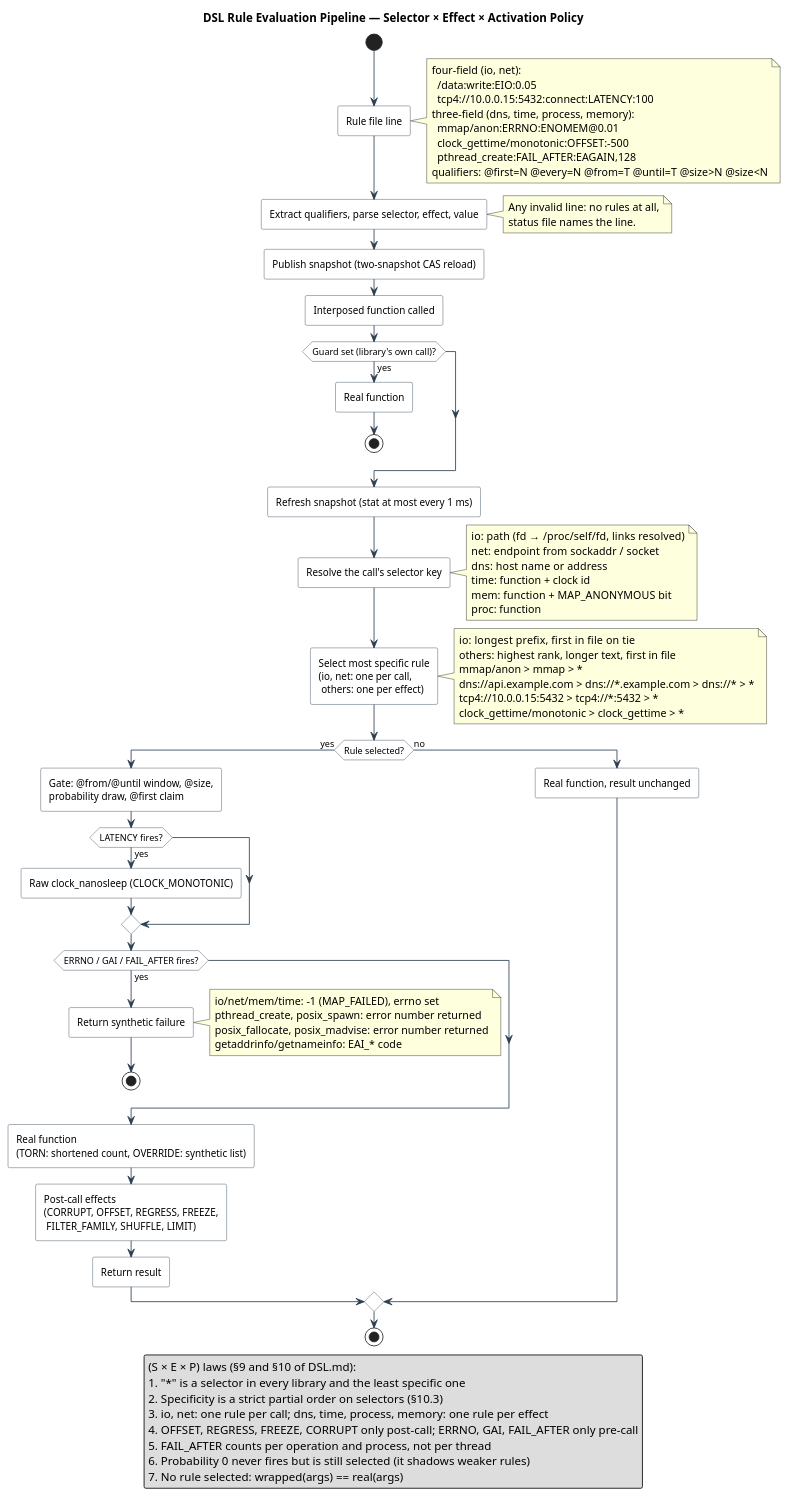
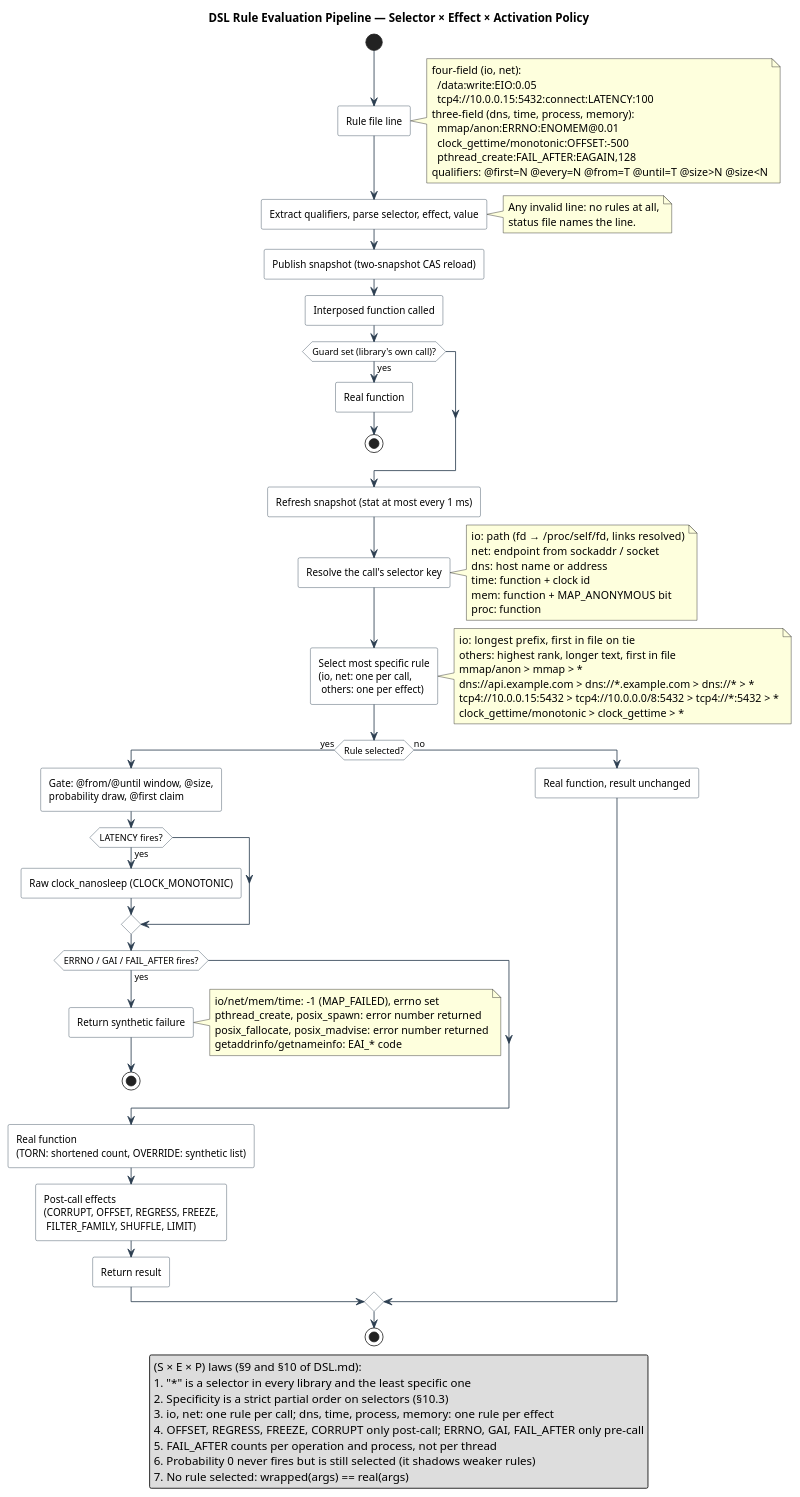
One commit to macstab/macstab-chaos-testing-libraries changed the diagram in docs/DSL.md. Above: the diagram before and after it, drawn with PlantUML. The commit also changed other lines of this file and 9 other files, not shown here.

```diff
--- a/docs/DSL.md
+++ b/docs/DSL.md
@@ -725,7 +727,7 @@
   others: highest rank, longer text, first in file
   mmap/anon > mmap > *
   dns:~//api.example.com > dns:~//*.example.com > dns:~//* > *
-  tcp4:~//10.0.0.15:5432 > tcp4:~//*:5432 > *
+  tcp4:~//10.0.0.15:5432 > tcp4:~//10.0.0.0/8:5432 > tcp4:~//*:5432 > *
   clock_gettime/monotonic > clock_gettime > *
 end note
 
```
